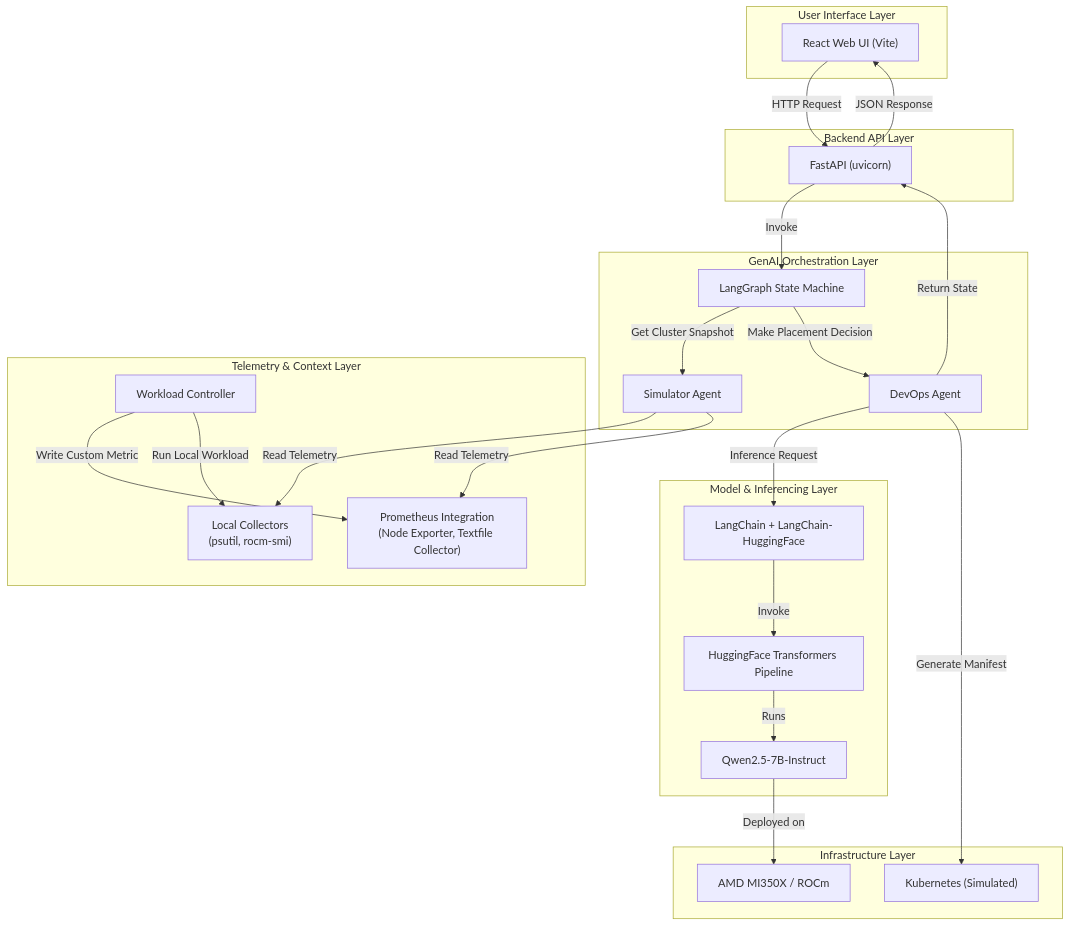
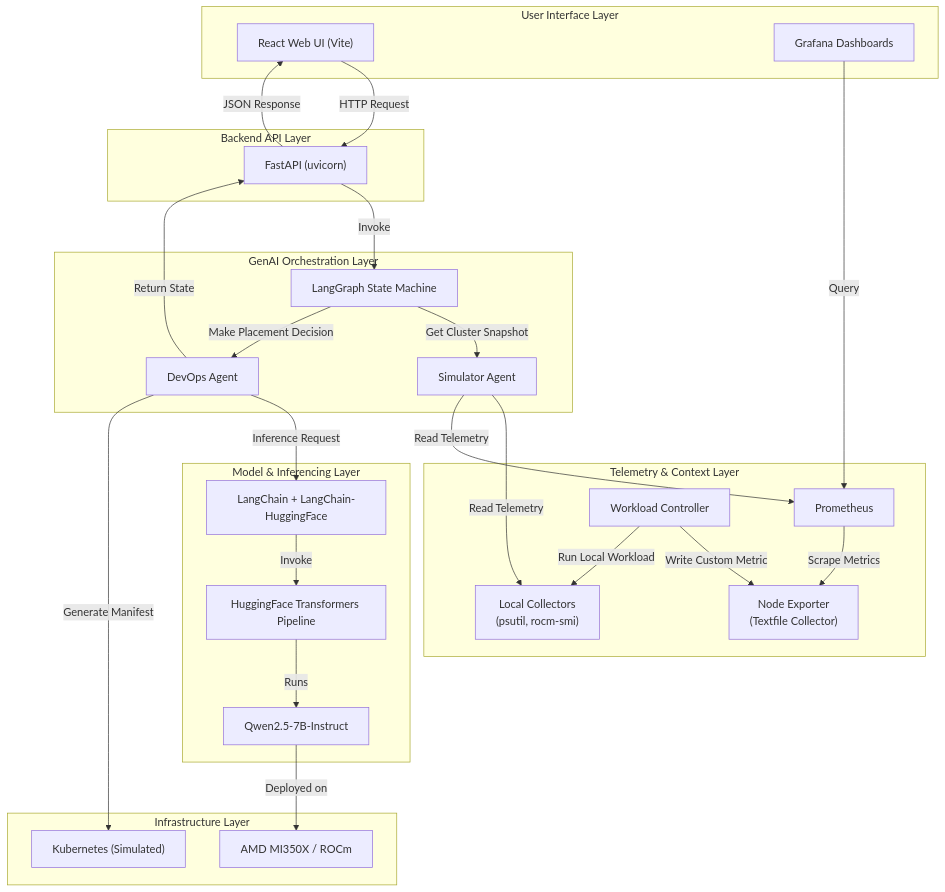
Before and after one commit to prachimore1406/amd-hackathon: the diagram in ARCHITECTURE.md, drawn with Mermaid. The commit also changed other lines of this file and 7 other files, not shown here.

````diff
--- a/ARCHITECTURE.md
+++ b/ARCHITECTURE.md
@@ -8,49 +8,53 @@
 ```mermaid
 flowchart TB
     subgraph "User Interface Layer"
         UI["React Web UI (Vite)"]
+        Grafana["Grafana Dashboards"]
     end
 
     subgraph "Backend API Layer"
         API["FastAPI (uvicorn)"]
     end
 
     subgraph "GenAI Orchestration Layer"
         LG["LangGraph State Machine"]
         SA["Simulator Agent"]
         DA["DevOps Agent"]
     end
 
     subgraph "Telemetry & Context Layer"
         LC["Local Collectors\n(psutil, rocm-smi)"]
-        PC["Prometheus Integration\n(Node Exporter, Textfile Collector)"]
+        Prometheus["Prometheus"]
+        NodeExporter["Node Exporter\n(Textfile Collector)"]
         WC["Workload Controller"]
     end
 
     subgraph "Model & Inferencing Layer"
         LC_PT["LangChain + LangChain-HuggingFace"]
         HF["HuggingFace Transformers Pipeline"]
         LLM["Qwen2.5-7B-Instruct"]
     end
 
     subgraph "Infrastructure Layer"
         AMD["AMD MI350X / ROCm"]
         K8S["Kubernetes (Simulated)"]
     end
 
     UI -->|HTTP Request| API
     API -->|Invoke| LG
     LG -->|Get Cluster Snapshot| SA
     SA -->|Read Telemetry| LC
-    SA -->|Read Telemetry| PC
+    SA -->|Read Telemetry| Prometheus
     LG -->|Make Placement Decision| DA
     DA -->|Inference Request| LC_PT
     LC_PT -->|Invoke| HF
     HF -->|Runs| LLM
     LLM -->|Deployed on| AMD
     DA -->|Generate Manifest| K8S
     DA -->|Return State| API
     API -->|JSON Response| UI
-    WC -->|Write Custom Metric| PC
+    WC -->|Write Custom Metric| NodeExporter
     WC -->|Run Local Workload| LC
+    Prometheus -->|Scrape Metrics| NodeExporter
+    Grafana -->|Query| Prometheus
 ```
````
